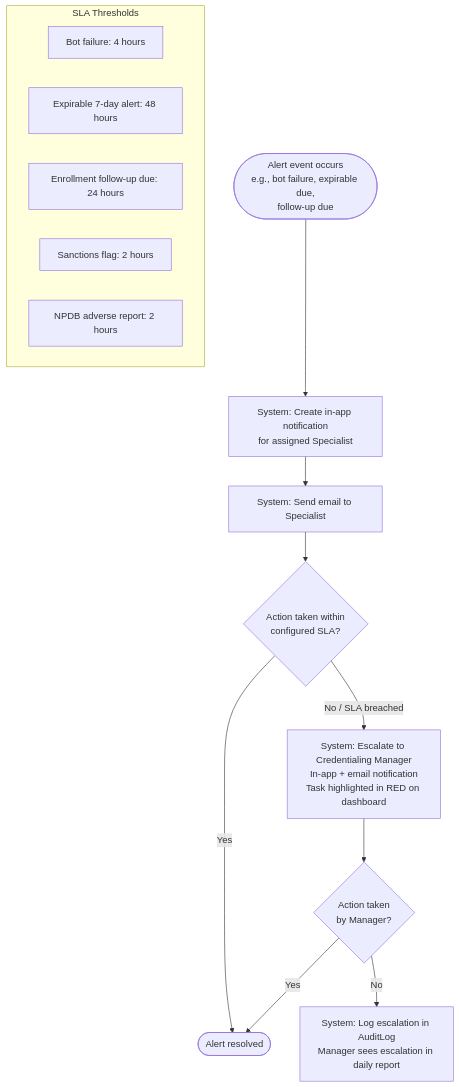
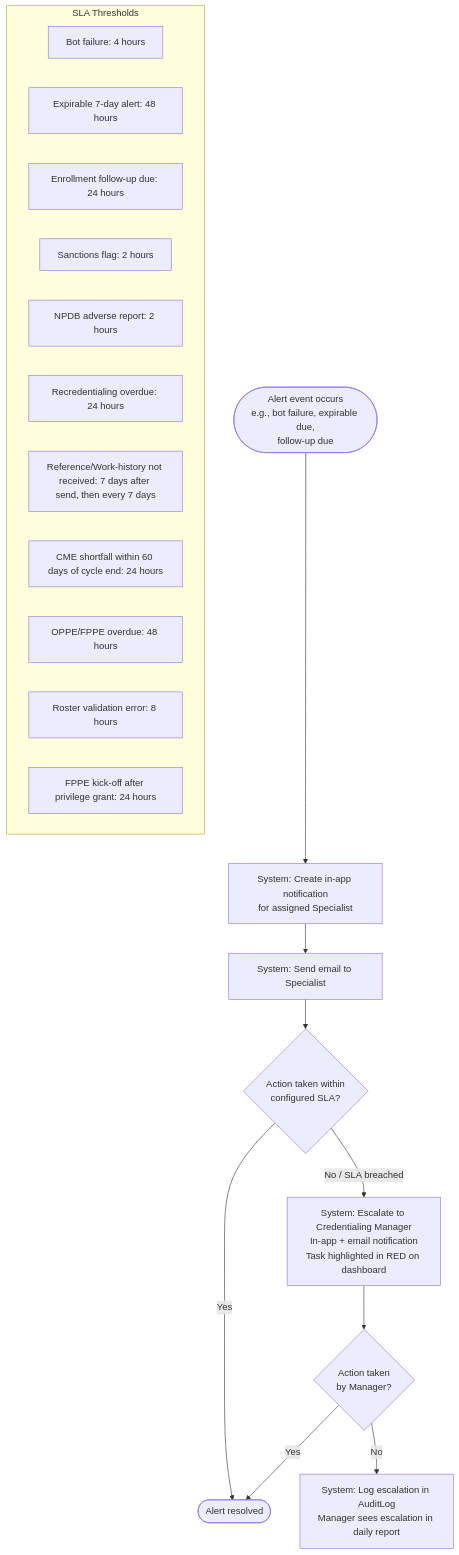
Before and after one commit to hdpulseAIDeveloper/E_Credentialing: the tenth of 16 diagrams in docs/planning/workflows.md, drawn with Mermaid. The commit also changed other lines of this file and 15 other files, not shown here.

First line of the commit message:
fix(prisma): add catch-up migration for phase 1 schema (recredentialing, references, roster, OPPE/FPPE, CME, API keys)

````diff
--- a/docs/planning/workflows.md
+++ b/docs/planning/workflows.md
@@ -358,21 +417,27 @@
 ```mermaid
 flowchart TD
     A([Alert event occurs\ne.g., bot failure, expirable due,\nfollow-up due]) --> B[System: Create in-app notification\nfor assigned Specialist]
     B --> C[System: Send email to Specialist]
     C --> D{Action taken within\nconfigured SLA?}
 
     D -- Yes --> E([Alert resolved])
 
     D -- No / SLA breached --> F[System: Escalate to Credentialing Manager\nIn-app + email notification\nTask highlighted in RED on dashboard]
     F --> G{Action taken\nby Manager?}
     G -- Yes --> E
     G -- No --> H[System: Log escalation in AuditLog\nManager sees escalation in daily report]
 
     subgraph SLA Thresholds
         I[Bot failure: 4 hours]
         J[Expirable 7-day alert: 48 hours]
         K[Enrollment follow-up due: 24 hours]
         L[Sanctions flag: 2 hours]
         M[NPDB adverse report: 2 hours]
+        N[Recredentialing overdue: 24 hours]
+        O[Reference/Work-history not received: 7 days after send, then every 7 days]
+        P[CME shortfall within 60 days of cycle end: 24 hours]
+        Q[OPPE/FPPE overdue: 48 hours]
+        R[Roster validation error: 8 hours]
+        S[FPPE kick-off after privilege grant: 24 hours]
     end
 ```
````
